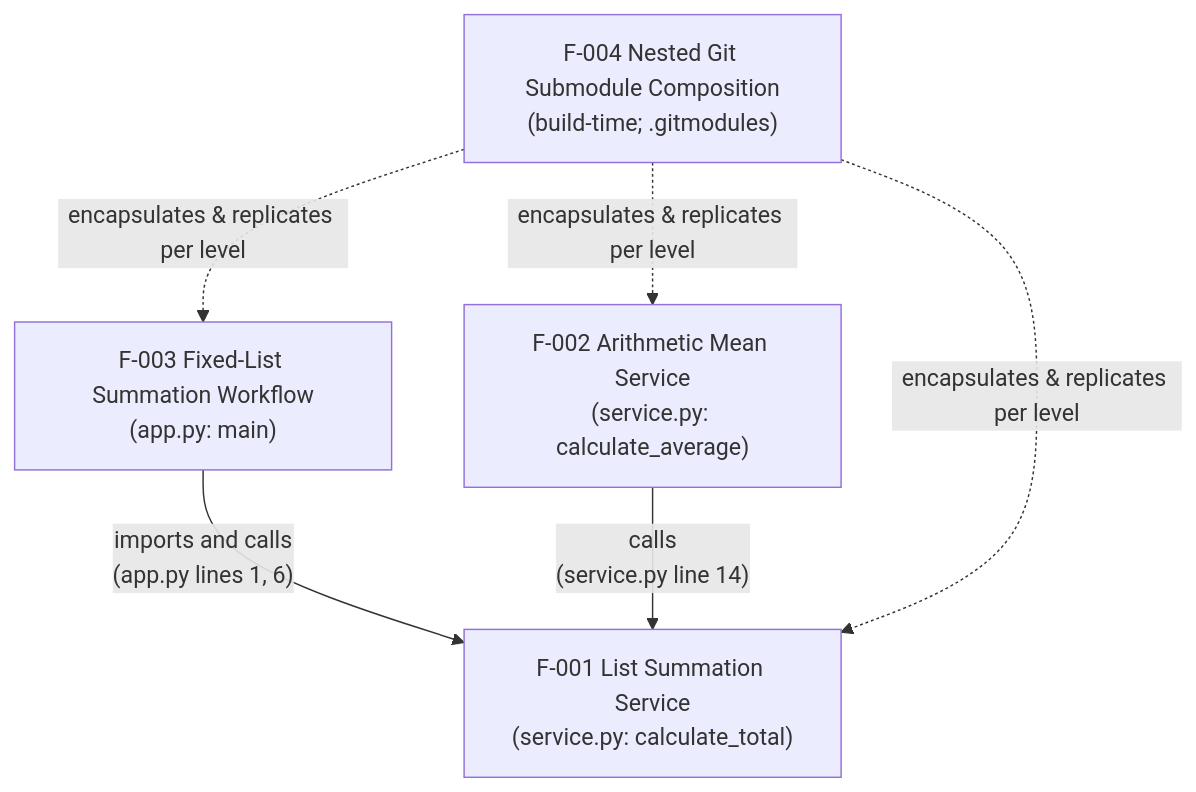
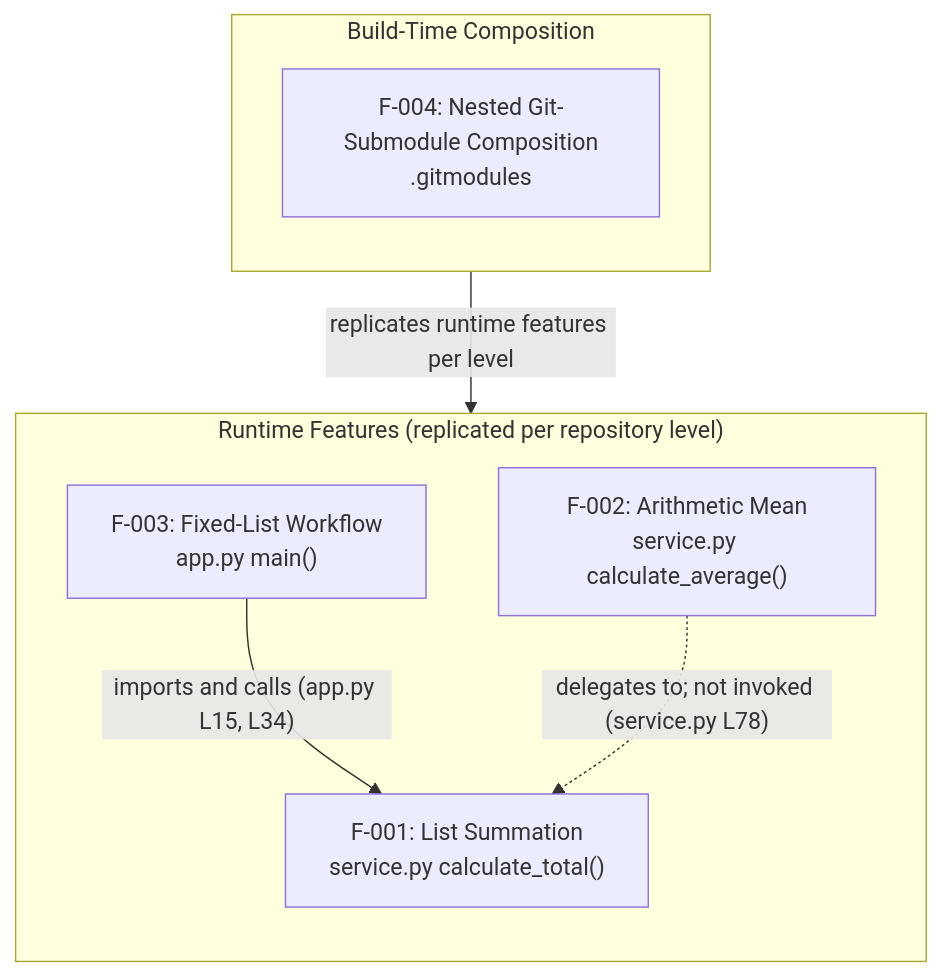
The second of 43 diagrams in blitzy/documentation/Technical Specifications.md (lakshya-blitzy/600K_ParentRepo), drawn with Mermaid before and after one commit. The commit also changed other lines of this file, not shown here.

````diff
--- a/blitzy/documentation/Technical Specifications.md
+++ b/blitzy/documentation/Technical Specifications.md
@@ -475,13 +453,16 @@
 ```mermaid
 flowchart TD
-    F004["F-004 Nested Git Submodule Composition<br/>(build-time; .gitmodules)"]
-    F003["F-003 Fixed-List Summation Workflow<br/>(app.py: main)"]
-    F002["F-002 Arithmetic Mean Service<br/>(service.py: calculate_average)"]
-    F001["F-001 List Summation Service<br/>(service.py: calculate_total)"]
-
-    F003 -->|"imports and calls<br/>(app.py lines 1, 6)"| F001
-    F002 -->|"calls<br/>(service.py line 14)"| F001
-    F004 -.->|"encapsulates &amp; replicates per level"| F003
-    F004 -.->|"encapsulates &amp; replicates per level"| F002
-    F004 -.->|"encapsulates &amp; replicates per level"| F001
+    subgraph Runtime["Runtime Features (replicated per repository level)"]
+        direction TB
+        F003["F-003: Fixed-List Workflow<br/>app.py main()"]
+        F001["F-001: List Summation<br/>service.py calculate_total()"]
+        F002["F-002: Arithmetic Mean<br/>service.py calculate_average()"]
+    end
+    subgraph BuildTime["Build-Time Composition"]
+        direction TB
+        F004["F-004: Nested Git-Submodule Composition<br/>.gitmodules"]
+    end
+    F003 -->|"imports and calls (app.py L15, L34)"| F001
+    F002 -.->|"delegates to; not invoked (service.py L78)"| F001
+    F004 -->|"replicates runtime features per level"| F003
 ```
````
